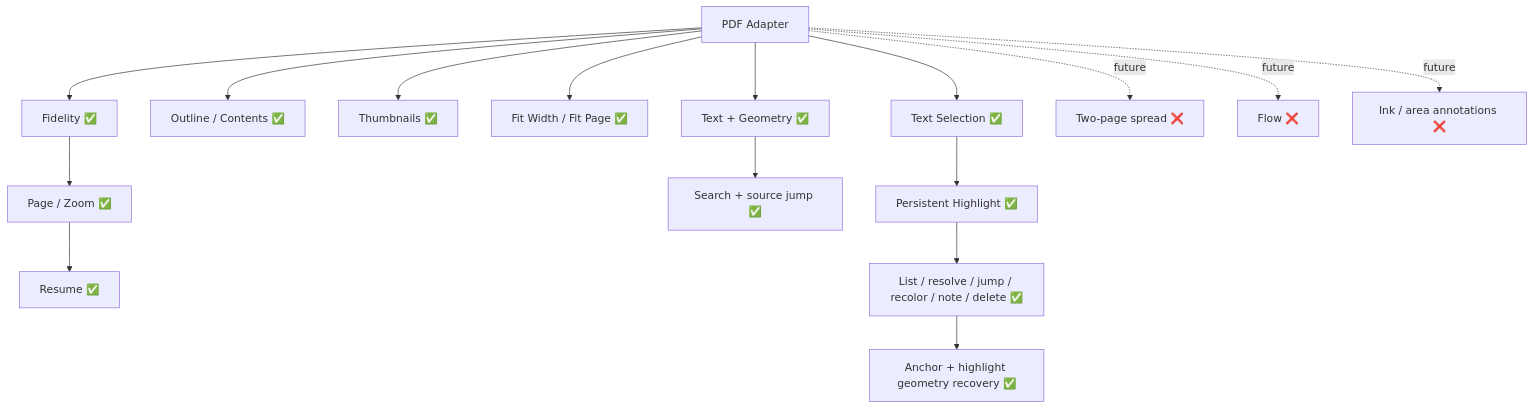
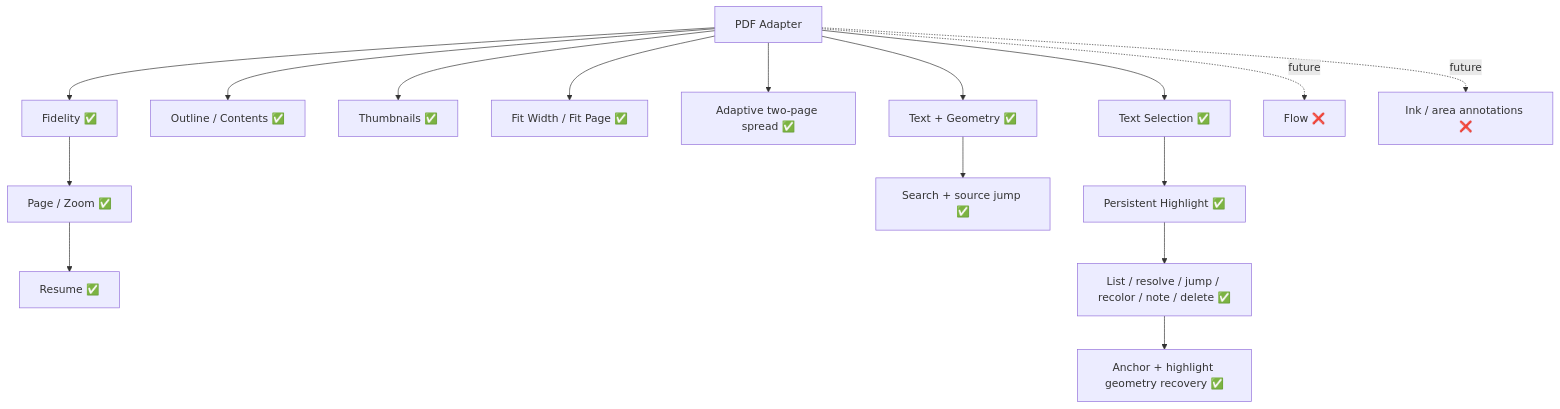
Diagram 12 of 17 in docs/PROJECT_GRAPH.md (aaditya140103/kola), drawn with Mermaid before and after one commit. The commit also changed other lines of this file and 4 other files, not shown here.

Commit message:
Add adaptive PDF two-page spread

````diff
--- a/docs/PROJECT_GRAPH.md
+++ b/docs/PROJECT_GRAPH.md
@@ -234,29 +238,29 @@
 ```mermaid
 flowchart TD
     PDF[PDF Adapter]
     Fidelity[Fidelity ✅]
     Nav[Page / Zoom ✅]
     Outline[Outline / Contents ✅]
     Thumbs[Thumbnails ✅]
     Fit[Fit Width / Fit Page ✅]
+    Spread[Adaptive two-page spread ✅]
     Resume[Resume ✅]
     Extract[Text + Geometry ✅]
     Search[Search + source jump ✅]
     Select[Text Selection ✅]
     Highlight[Persistent Highlight ✅]
     Manage[List / resolve / jump / recolor / note / delete ✅]
     Recover[Anchor + highlight geometry recovery ✅]
-    Spread[Two-page spread ❌]
     Flow[Flow ❌]
     Ink[Ink / area annotations ❌]
 
     PDF --> Fidelity --> Nav --> Resume
     PDF --> Outline
     PDF --> Thumbs
     PDF --> Fit
-    PDF -. future .-> Spread
+    PDF --> Spread
     PDF --> Extract --> Search
     PDF --> Select --> Highlight --> Manage --> Recover
     PDF -. future .-> Flow
     PDF -. future .-> Ink
 ```
````
